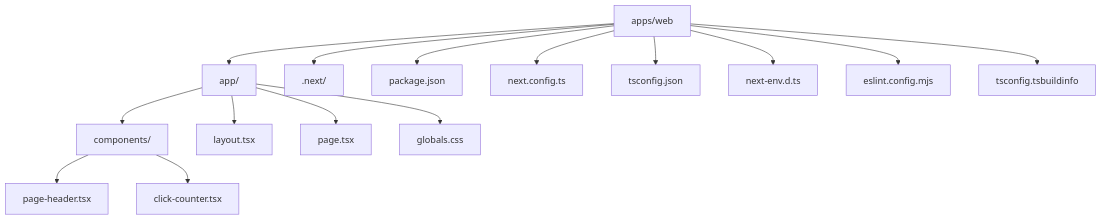
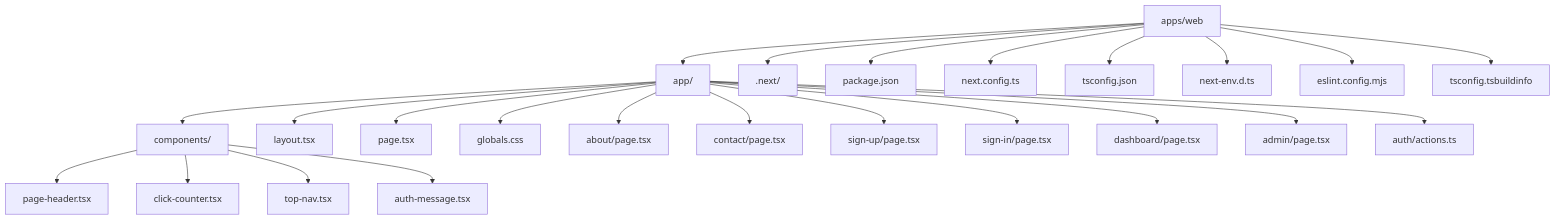
One commit to matthewlovestocode/designated changed the diagram in docs/web/files.md. Above: the diagram before and after it, drawn with Mermaid. The commit also changed other lines of this file and 9 other files, not shown here.

Commit message:
Add admin-only page

````diff
--- a/docs/web/files.md
+++ b/docs/web/files.md
@@ -11,17 +11,26 @@
 ```mermaid
 flowchart TD
     A["apps/web"] --> B["app/"]
     A --> C[".next/"]
     A --> D["package.json"]
     A --> E["next.config.ts"]
     A --> F["tsconfig.json"]
     A --> G["next-env.d.ts"]
     A --> H["eslint.config.mjs"]
     A --> I["tsconfig.tsbuildinfo"]
     B --> J["components/"]
     B --> K["layout.tsx"]
     B --> L["page.tsx"]
     B --> M["globals.css"]
     J --> N["page-header.tsx"]
     J --> O["click-counter.tsx"]
+    J --> P["top-nav.tsx"]
+    J --> Q["auth-message.tsx"]
+    B --> R["about/page.tsx"]
+    B --> S["contact/page.tsx"]
+    B --> T["sign-up/page.tsx"]
+    B --> U["sign-in/page.tsx"]
+    B --> V["dashboard/page.tsx"]
+    B --> W["admin/page.tsx"]
+    B --> X["auth/actions.ts"]
 ```
````
